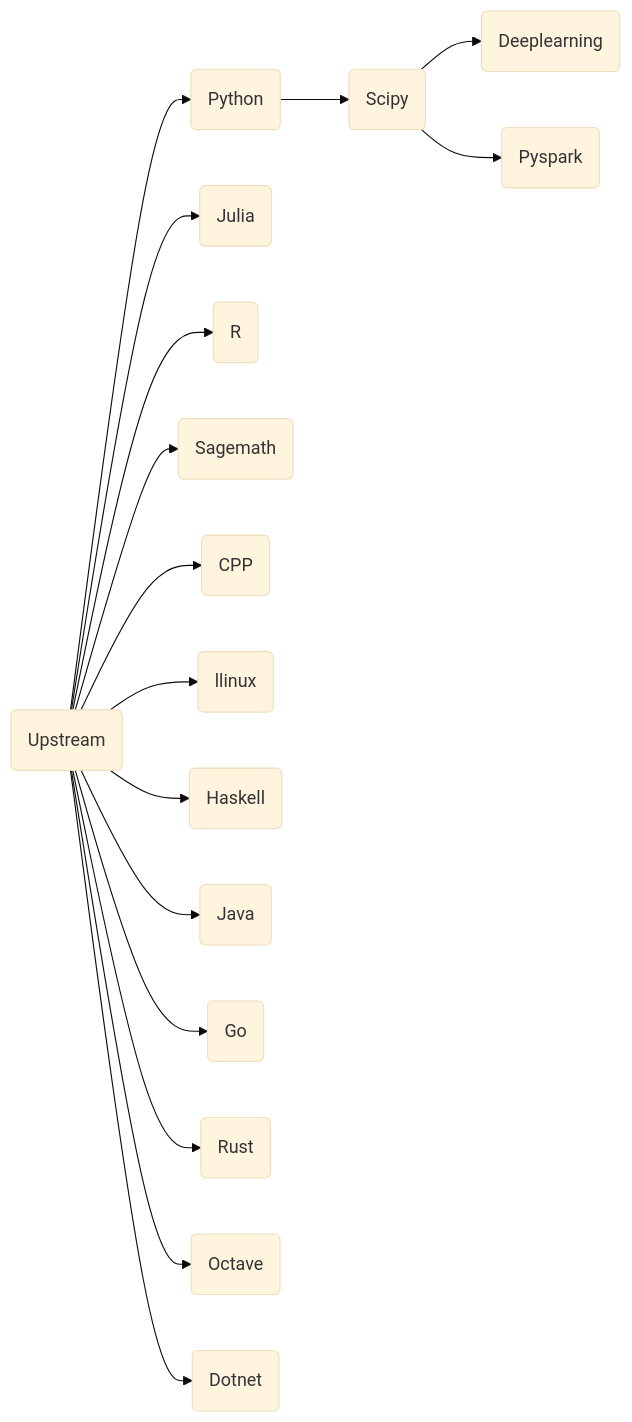
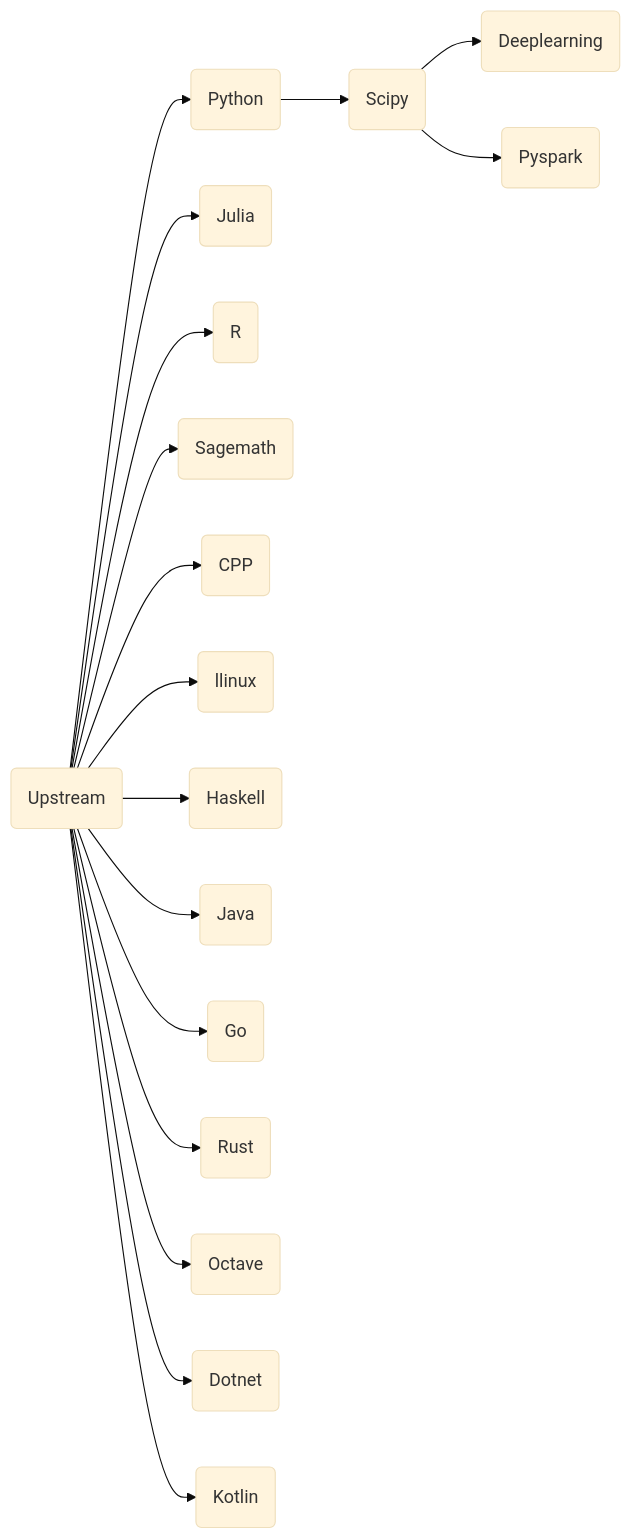
The diagram in README.md (ben0i0d/jupyter-image-stacks), drawn with Mermaid (base theme) before and after one commit. The commit also changed other lines of this file and 2 other files, not shown here.

Commit message:
add kotlin

````diff
--- a/README.md
+++ b/README.md
@@ -142,17 +138,18 @@
 ```mermaid
 graph LR
 A(Upstream)-->B(Python)-->C(Scipy)
 C(Scipy)-->D(Deeplearning)  
 C(Scipy)-->E(Pyspark)  
 A-->F(Julia)
 A-->G(R)
 A-->H(Sagemath)
 A-->I(CPP)
 A-->J(llinux)
 A-->K(Haskell)
 A-->L(Java)
 A-->M(Go)
 A-->N(Rust)
 A-->O(Octave)
 A-->P(Dotnet)
+A-->Q(Kotlin)
 ```  
````
